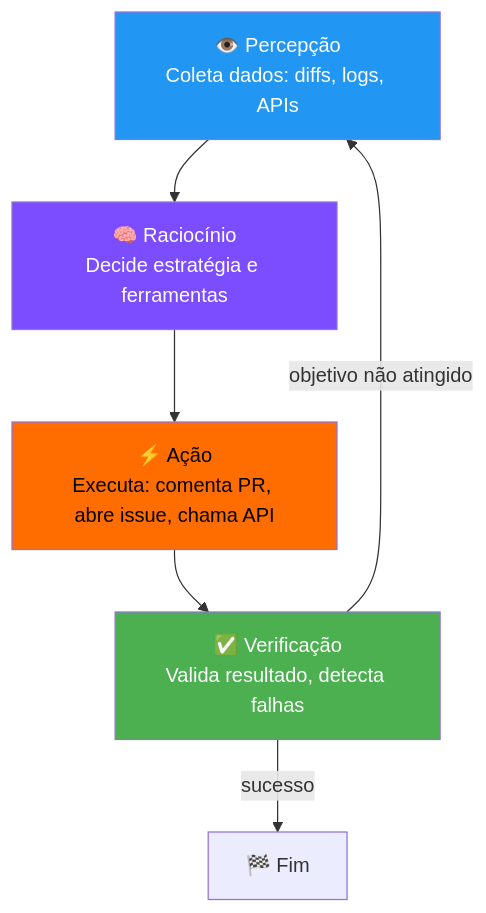
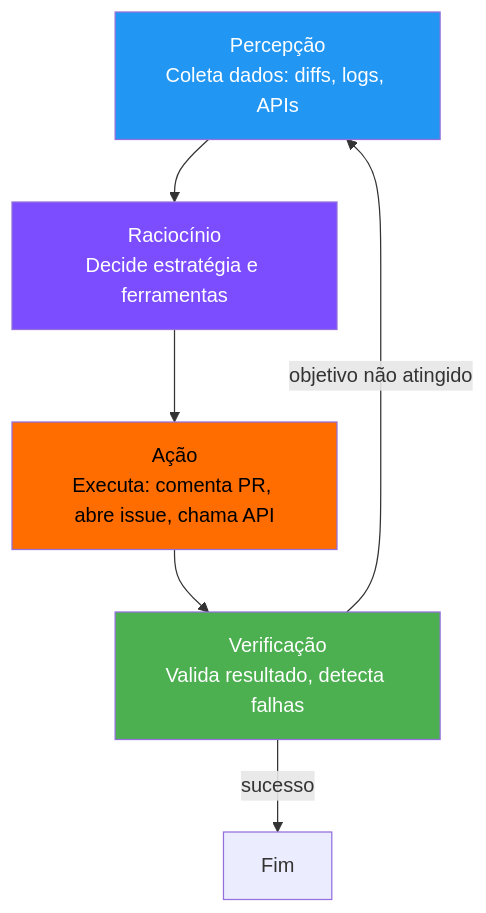
One commit to IA-para-DEVs-SD/AI4devs changed the second of 5 diagrams in docs/bloco2/s01-tools-react.md. Above: the diagram before and after it, drawn with Mermaid. The commit also changed other lines of this file, not shown here.

First line of the commit message:
fix: remove emojis e caracteres especiais dos diagramas Mermaid em B2S01

````diff
--- a/docs/bloco2/s01-tools-react.md
+++ b/docs/bloco2/s01-tools-react.md
@@ -38,16 +38,16 @@
 ```mermaid
 flowchart TD
-    P[👁️ Percepção<br/>Coleta dados: diffs, logs, APIs]
-    R[🧠 Raciocínio<br/>Decide estratégia e ferramentas]
-    A[⚡ Ação<br/>Executa: comenta PR, abre issue, chama API]
-    V[✅ Verificação<br/>Valida resultado, detecta falhas]
+    P[Percepção<br/>Coleta dados: diffs, logs, APIs]
+    R[Raciocínio<br/>Decide estratégia e ferramentas]
+    A[Ação<br/>Executa: comenta PR, abre issue, chama API]
+    V[Verificação<br/>Valida resultado, detecta falhas]
     
     P --> R --> A --> V
     V -->|objetivo não atingido| P
-    V -->|sucesso| F[🏁 Fim]
+    V -->|sucesso| F[Fim]
     
     style P fill:#2196f3,color:#fff
     style R fill:#7c4dff,color:#fff
     style A fill:#ff6d00,color:#000
     style V fill:#4caf50,color:#fff
 ```
````
